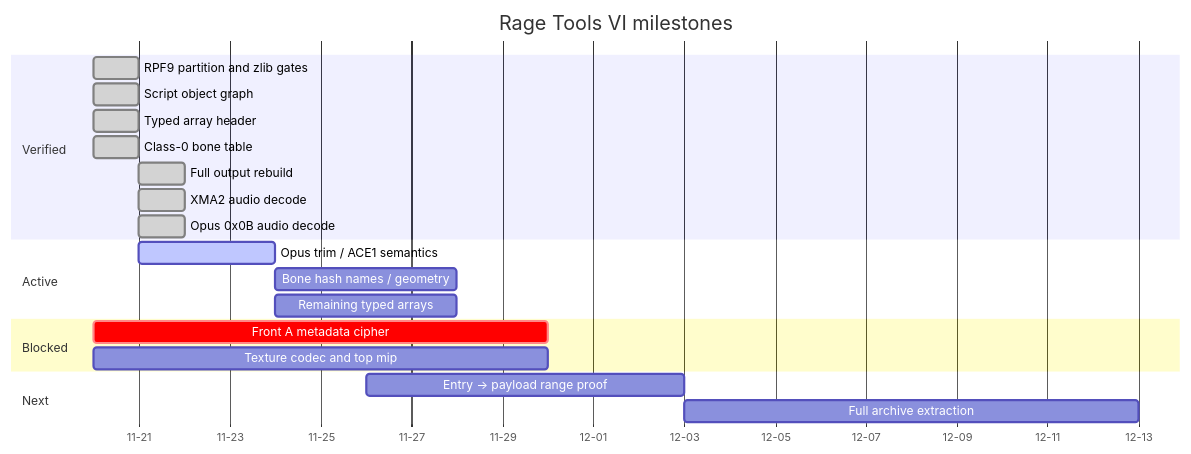
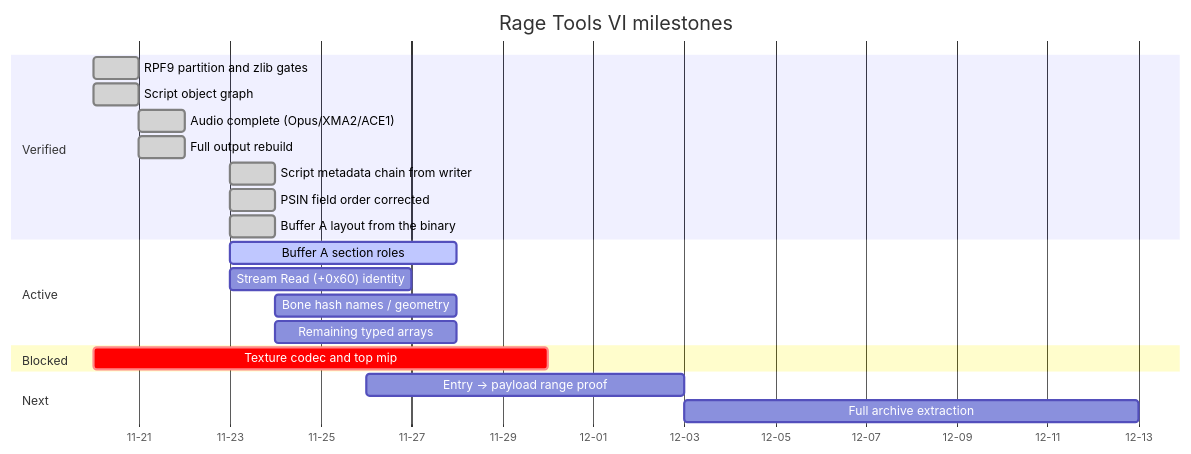
One commit to lynxnathan/rage-tools-vi changed the first of 2 diagrams in docs/roadmap.md. Above: the diagram before and after it, drawn with Mermaid. The commit also changed other lines of this file, not shown here.

Commit message:
docs: roadmap reflects the recovered layouts instead of the old cipher framing

````diff
--- a/docs/roadmap.md
+++ b/docs/roadmap.md
@@ -9,24 +9,24 @@
 ```mermaid
 gantt
     title Rage Tools VI milestones
     dateFormat  YYYY-MM-DD
     axisFormat  %m-%d
     section Verified
     RPF9 partition and zlib gates :done, 2026-11-20, 1d
     Script object graph           :done, 2026-11-20, 1d
-    Typed array header            :done, 2026-11-20, 1d
-    Class-0 bone table            :done, 2026-11-20, 1d
+    Audio complete (Opus/XMA2/ACE1) :done, 2026-11-21, 1d
     Full output rebuild           :done, 2026-11-21, 1d
-    XMA2 audio decode             :done, 2026-11-21, 1d
-    Opus 0x0B audio decode        :done, 2026-11-21, 1d
+    Script metadata chain from writer :done, 2026-11-23, 1d
+    PSIN field order corrected    :done, 2026-11-23, 1d
+    Buffer A layout from the binary :done, 2026-11-23, 1d
     section Active
-    Opus trim / ACE1 semantics    :active, 2026-11-21, 3d
+    Buffer A section roles        :active, 2026-11-23, 5d
+    Stream Read (+0x60) identity  :2026-11-23, 4d
     Bone hash names / geometry    :2026-11-24, 4d
     Remaining typed arrays        :2026-11-24, 4d
     section Blocked
-    Front A metadata cipher       :crit, 2026-11-20, 10d
-    Texture codec and top mip     :2026-11-20, 10d
+    Texture codec and top mip     :crit, 2026-11-20, 10d
     section Next
     Entry → payload range proof   :2026-11-26, 7d
     Full archive extraction       :2026-12-03, 10d
 ```
````
